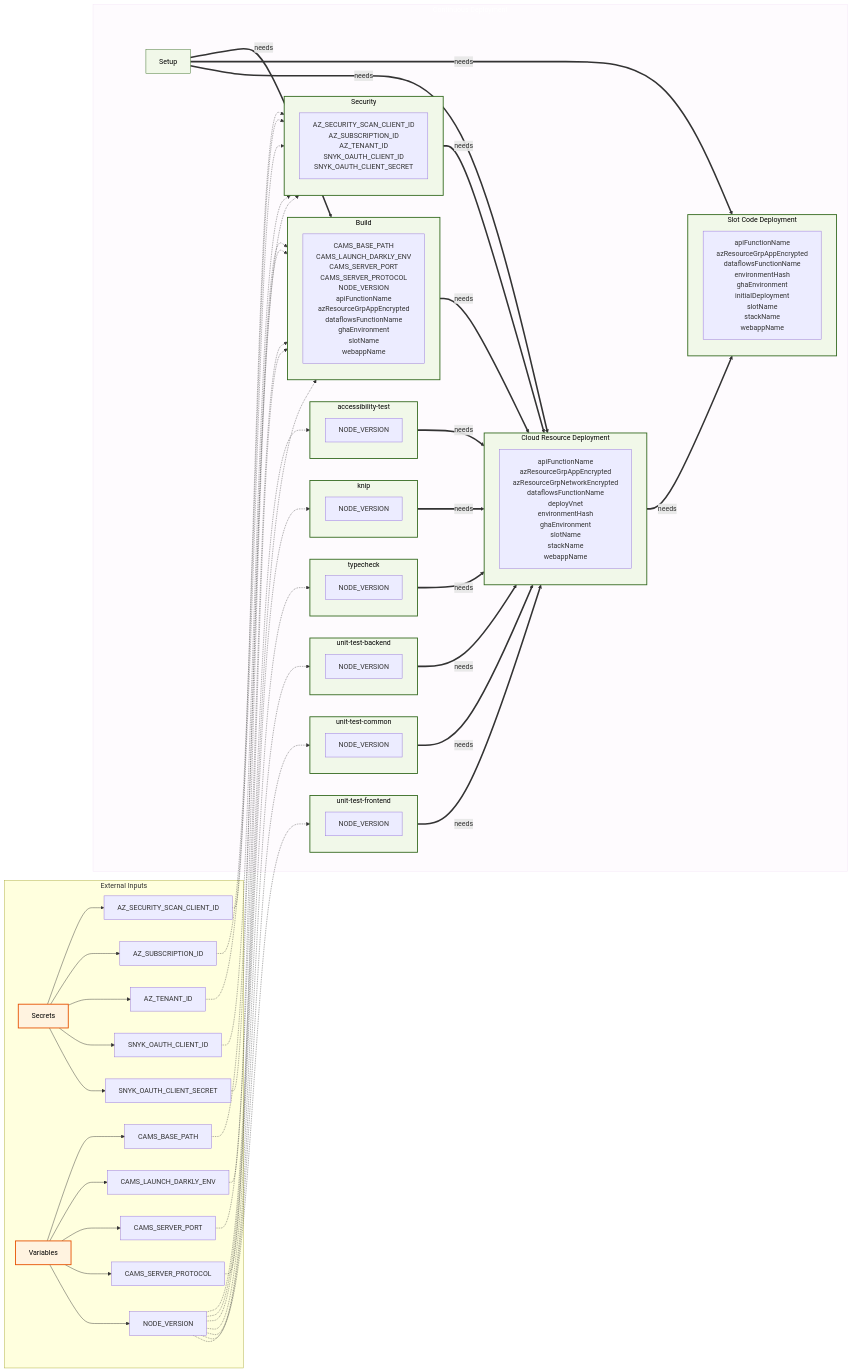
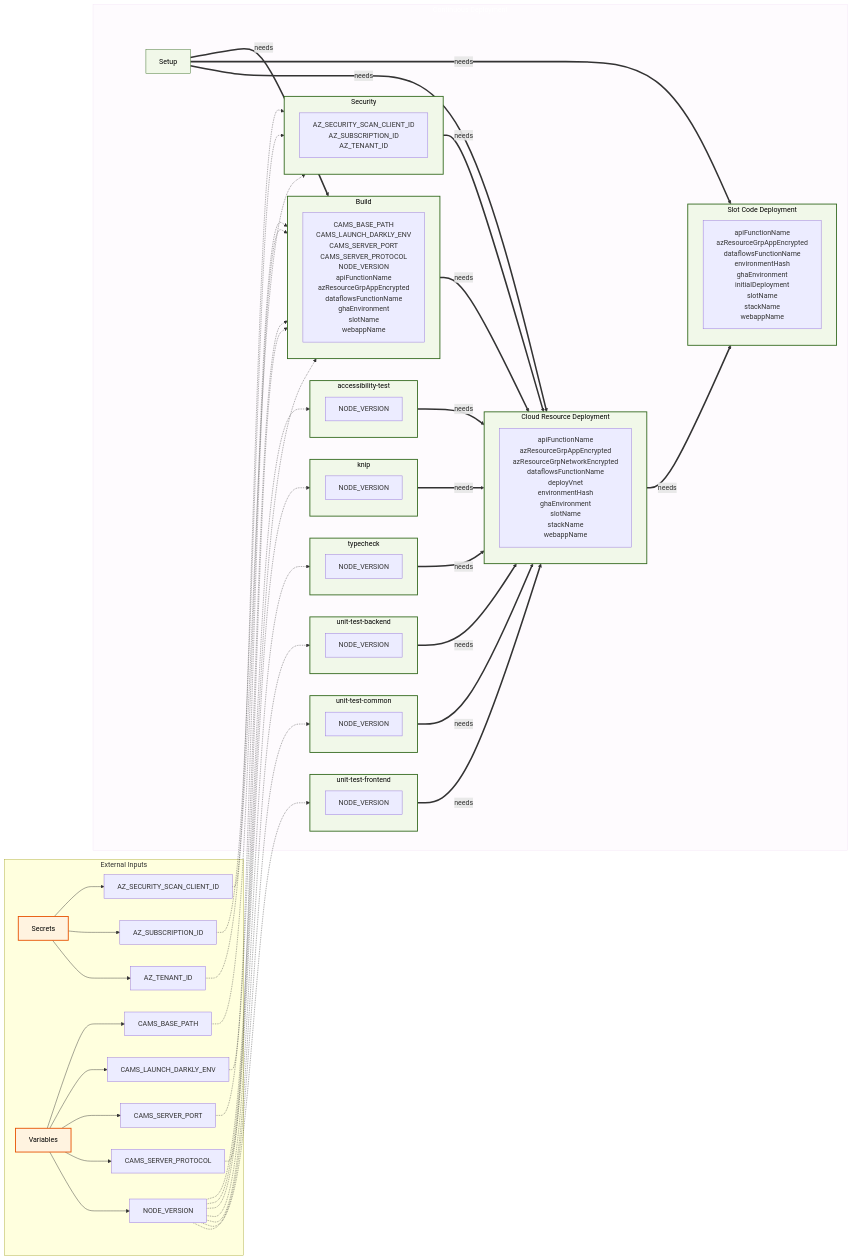
The eighth of 25 diagrams in docs/operations/workflow-diagram.md (US-Trustee-Program/Bankruptcy-Oversight-Support-Systems), drawn with Mermaid before and after one commit. The commit also changed other lines of this file and 3 other files, not shown here.

```diff
--- a/docs/operations/workflow-diagram.md
+++ b/docs/operations/workflow-diagram.md
@@ -328,8 +328,6 @@
         Secrets_AZ_SECURITY_SCAN_CLIENT_ID["AZ_SECURITY_SCAN_CLIENT_ID"]
         Secrets_AZ_SUBSCRIPTION_ID["AZ_SUBSCRIPTION_ID"]
         Secrets_AZ_TENANT_ID["AZ_TENANT_ID"]
-        Secrets_SNYK_OAUTH_CLIENT_ID["SNYK_OAUTH_CLIENT_ID"]
-        Secrets_SNYK_OAUTH_CLIENT_SECRET["SNYK_OAUTH_CLIENT_SECRET"]
         Variables["Variables"]
         Variables_CAMS_BASE_PATH["CAMS_BASE_PATH"]
         Variables_CAMS_LAUNCH_DARKLY_ENV["CAMS_LAUNCH_DARKLY_ENV"]
@@ -359,7 +357,7 @@
             typecheck_vars["NODE_VERSION"]
         end
         subgraph security_scan_subgraph["Security"]
-            security_scan_vars["AZ_SECURITY_SCAN_CLIENT_ID<br/>AZ_SUBSCRIPTION_ID<br/>AZ_TENANT_ID<br/>SNYK_OAUTH_CLIENT_ID<br/>SNYK_OAUTH_CLIENT_SECRET"]
+            security_scan_vars["AZ_SECURITY_SCAN_CLIENT_ID<br/>AZ_SUBSCRIPTION_ID<br/>AZ_TENANT_ID"]
         end
         subgraph build_subgraph["Build"]
             build_vars["CAMS_BASE_PATH<br/>CAMS_LAUNCH_DARKLY_ENV<br/>CAMS_SERVER_PORT<br/>CAMS_SERVER_PROTOCOL<br/>NODE_VERSION<br/>apiFunctionName<br/>azResourceGrpAppEncrypted<br/>dataflowsFunctionName<br/>ghaEnvironment<br/>slotName<br/>webappName"]
@@ -375,8 +373,6 @@
         Secrets --> Secrets_AZ_SECURITY_SCAN_CLIENT_ID
         Secrets --> Secrets_AZ_SUBSCRIPTION_ID
         Secrets --> Secrets_AZ_TENANT_ID
-        Secrets --> Secrets_SNYK_OAUTH_CLIENT_ID
-        Secrets --> Secrets_SNYK_OAUTH_CLIENT_SECRET
         Variables --> Variables_CAMS_BASE_PATH
         Variables --> Variables_CAMS_LAUNCH_DARKLY_ENV
         Variables --> Variables_CAMS_SERVER_PORT
@@ -385,8 +381,6 @@
     Secrets_AZ_SECURITY_SCAN_CLIENT_ID -.-> security_scan_subgraph
     Secrets_AZ_SUBSCRIPTION_ID -.-> security_scan_subgraph
     Secrets_AZ_TENANT_ID -.-> security_scan_subgraph
-    Secrets_SNYK_OAUTH_CLIENT_ID -.-> security_scan_subgraph
-    Secrets_SNYK_OAUTH_CLIENT_SECRET -.-> security_scan_subgraph
     Variables_CAMS_BASE_PATH -.-> build_subgraph
     Variables_CAMS_LAUNCH_DARKLY_ENV -.-> build_subgraph
     Variables_CAMS_SERVER_PORT -.-> build_subgraph
```
